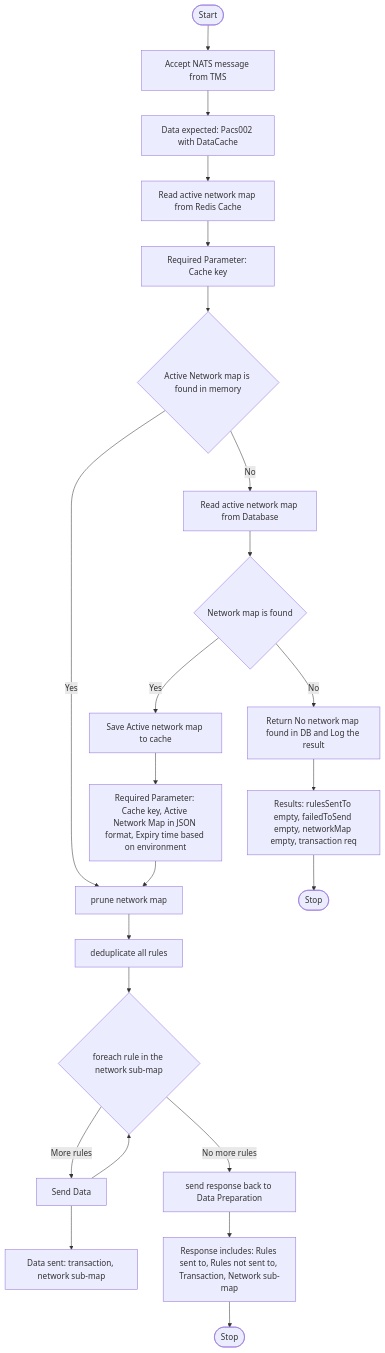
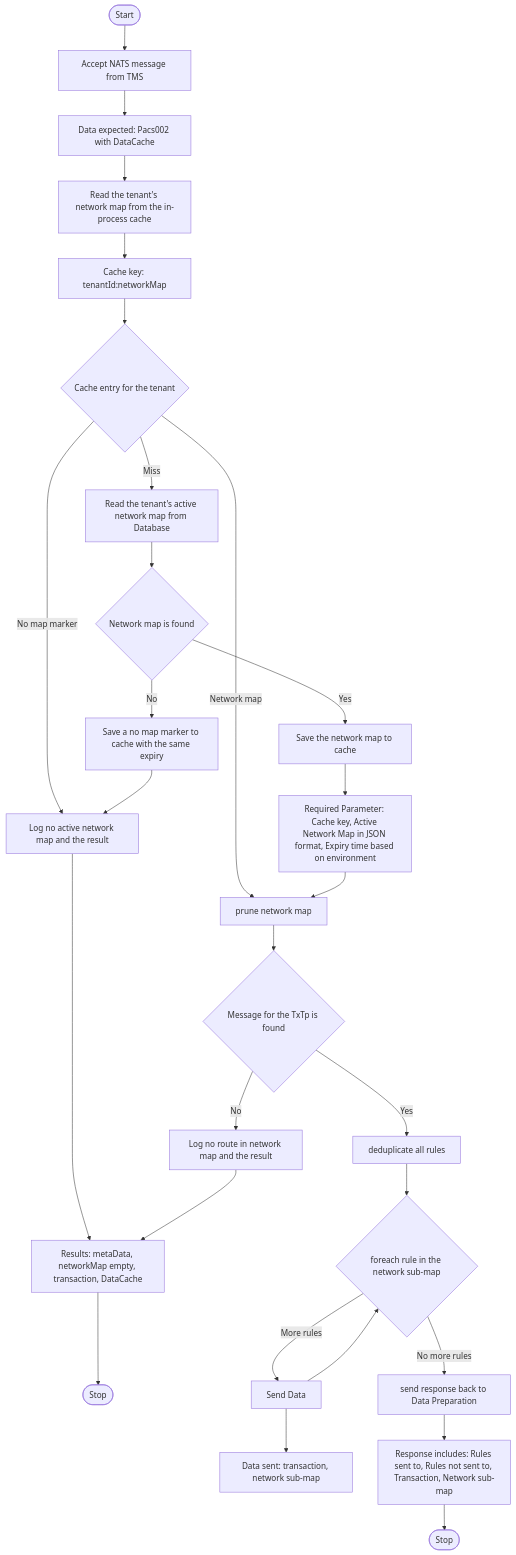
Before and after one commit to tazama-lf/event-director: the second of 2 diagrams in Readme.md, drawn with Mermaid. The commit also changed other lines of this file and 5 other files, not shown here.

First line of the commit message:
feat: tenant-scoped network map read and tenant-keyed cache

````diff
--- a/Readme.md
+++ b/Readme.md
@@ -90,25 +90,30 @@
 ```mermaid
 flowchart TD
     start([Start]) --> postRequest[Accept NATS message from TMS]
     postRequest --> note1["Data expected: Pacs002 with DataCache"]
-    note1 --> readCache[Read active network map from Redis Cache]
-    readCache --> note2["Required Parameter: Cache key"]
-    note2 --> checkMemory{Active Network map is found in memory}
-    checkMemory -->|Yes| pruneMap[prune network map]
-    checkMemory -->|No| readDB[Read active network map from Database]
+    note1 --> readCache[Read the tenant's network map from the in-process cache]
+    readCache --> note2["Cache key: tenantId:networkMap"]
+    note2 --> checkMemory{Cache entry for the tenant}
+    checkMemory -->|Network map| pruneMap[prune network map]
+    checkMemory -->|No map marker| logResult
+    checkMemory -->|Miss| readDB[Read the tenant's active network map from Database]
     readDB --> checkDB{Network map is found}
-    checkDB -->|Yes| saveCache[Save Active network map to cache]
+    checkDB -->|Yes| saveCache[Save the network map to cache]
     saveCache --> note3["Required Parameter: Cache key, Active Network Map in JSON format, Expiry time based on environment"]
     note3 --> pruneMap
-    checkDB -->|No| logResult[Return No network map found in DB and Log the result]
-    logResult --> note4["Results: rulesSentTo empty, failedToSend empty, networkMap empty, transaction req"]
+    checkDB -->|No| saveMarker[Save a no map marker to cache with the same expiry]
+    saveMarker --> logResult[Log no active network map and the result]
+    logResult --> note4["Results: metaData, networkMap empty, transaction, DataCache"]
     note4 --> stop1([Stop])
-    pruneMap --> deduplicate[deduplicate all rules]
+    pruneMap --> checkRoute{Message for the TxTp is found}
+    checkRoute -->|No| logNoRoute[Log no route in network map and the result]
+    logNoRoute --> note4
+    checkRoute -->|Yes| deduplicate[deduplicate all rules]
     deduplicate --> ruleLoop{foreach rule in the network sub-map}
     ruleLoop -->|More rules| sendData[Send Data]
     sendData --> note5["Data sent: transaction, network sub-map"]
     sendData --> ruleLoop
     ruleLoop -->|No more rules| sendResponse[send response back to Data Preparation]
     sendResponse --> note6["Response includes: Rules sent to, Rules not sent to, Transaction, Network sub-map"]
     note6 --> stop2([Stop])
 ```
````
